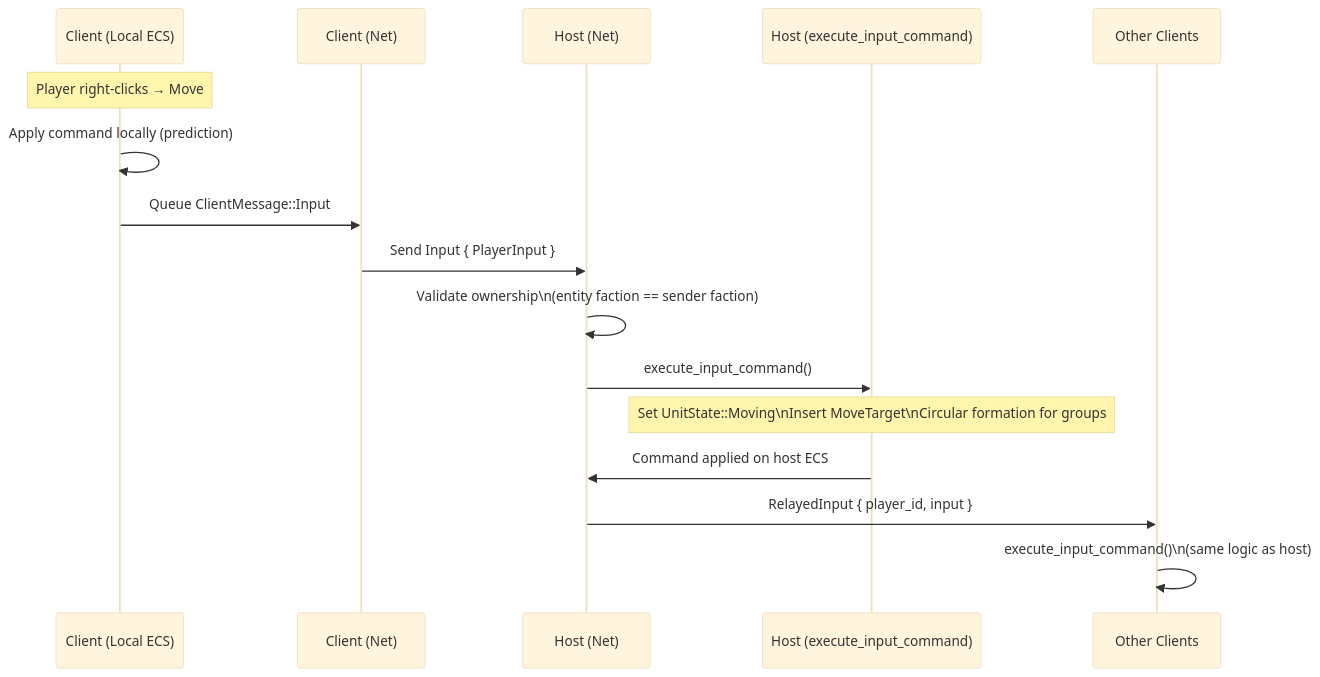
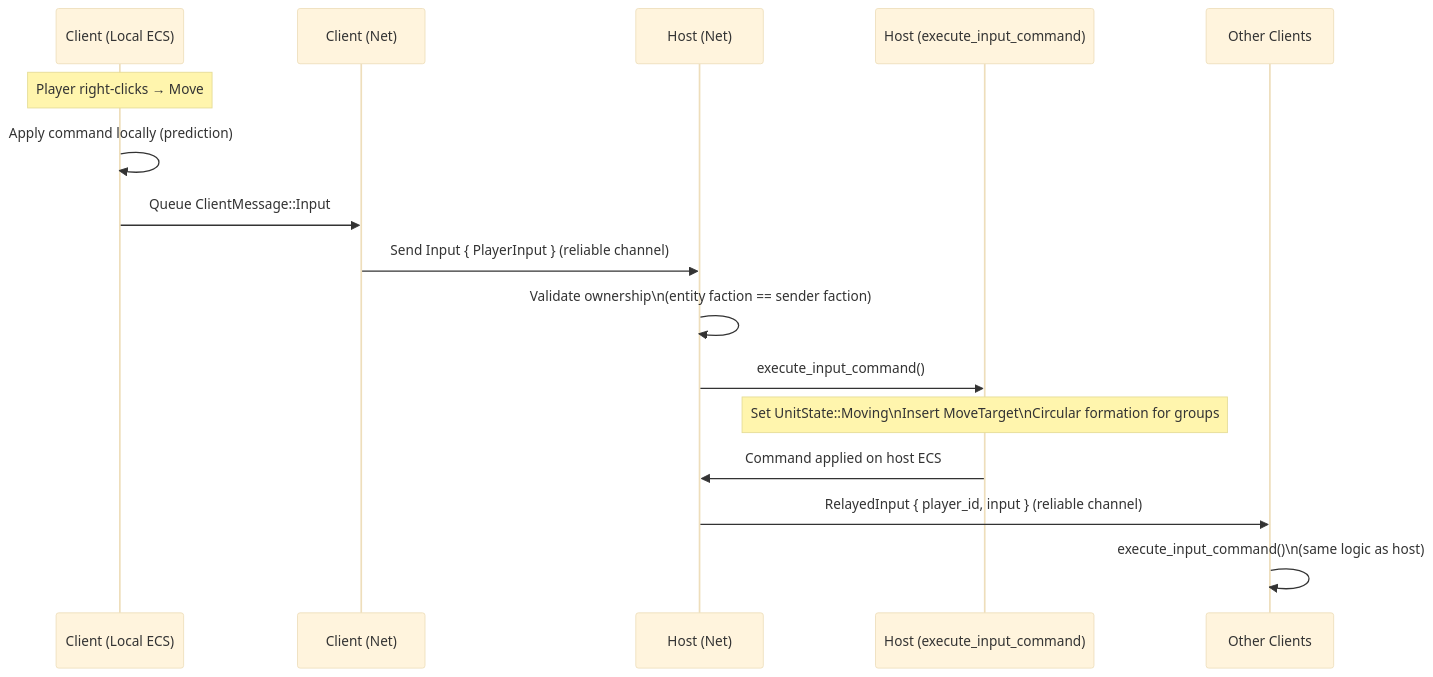
One commit to pashaydev/RTS changed the ninth of 11 diagrams in docs/multiplayer-architecture.md. Above: the diagram before and after it, drawn with Mermaid (base theme). The commit also changed other lines of this file and 15 other files, not shown here.

````diff
--- a/docs/multiplayer-architecture.md
+++ b/docs/multiplayer-architecture.md
@@ -442,24 +419,24 @@
 ```mermaid
 sequenceDiagram
     participant CLocal as Client (Local ECS)
     participant CNet as Client (Net)
     participant HNet as Host (Net)
     participant HExec as Host (execute_input_command)
     participant Other as Other Clients
 
     Note over CLocal: Player right-clicks → Move
     CLocal->>CLocal: Apply command locally (prediction)
     CLocal->>CNet: Queue ClientMessage::Input
 
-    CNet->>HNet: Send Input { PlayerInput }
+    CNet->>HNet: Send Input { PlayerInput } (reliable channel)
 
     HNet->>HNet: Validate ownership\n(entity faction == sender faction)
     HNet->>HExec: execute_input_command()
 
     Note over HExec: Set UnitState::Moving\nInsert MoveTarget\nCircular formation for groups
 
     HExec->>HNet: Command applied on host ECS
-    HNet->>Other: RelayedInput { player_id, input }
+    HNet->>Other: RelayedInput { player_id, input } (reliable channel)
 
     Other->>Other: execute_input_command()\n(same logic as host)
 ```
````
